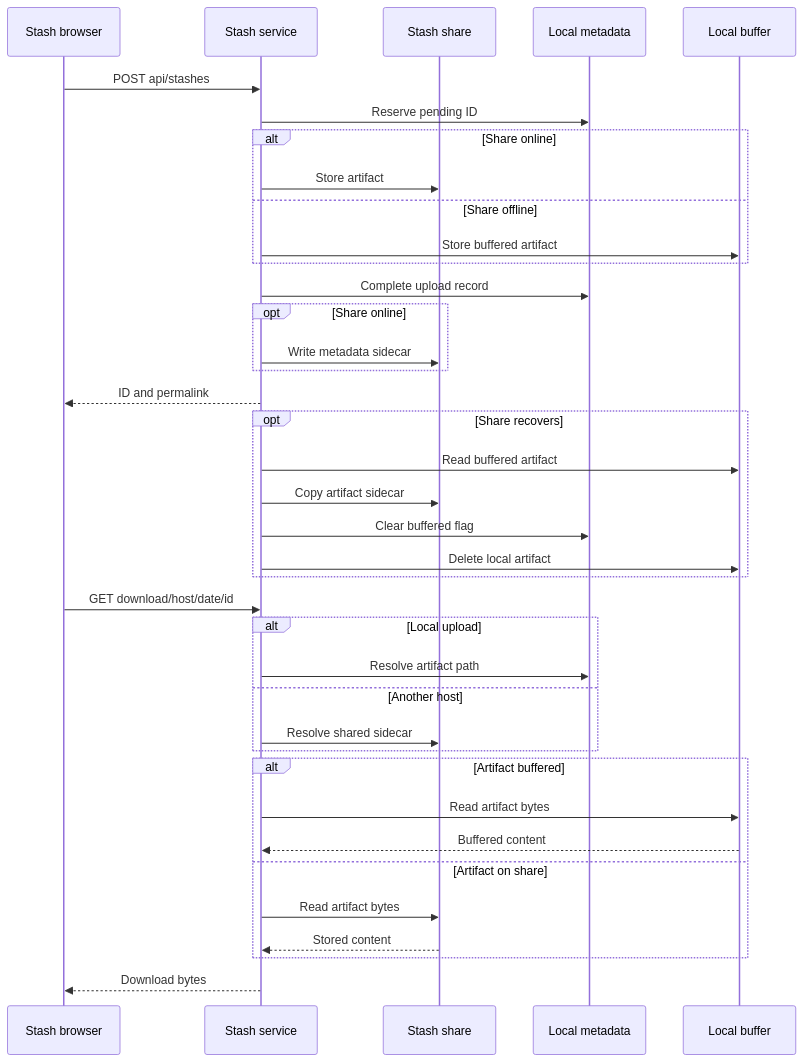
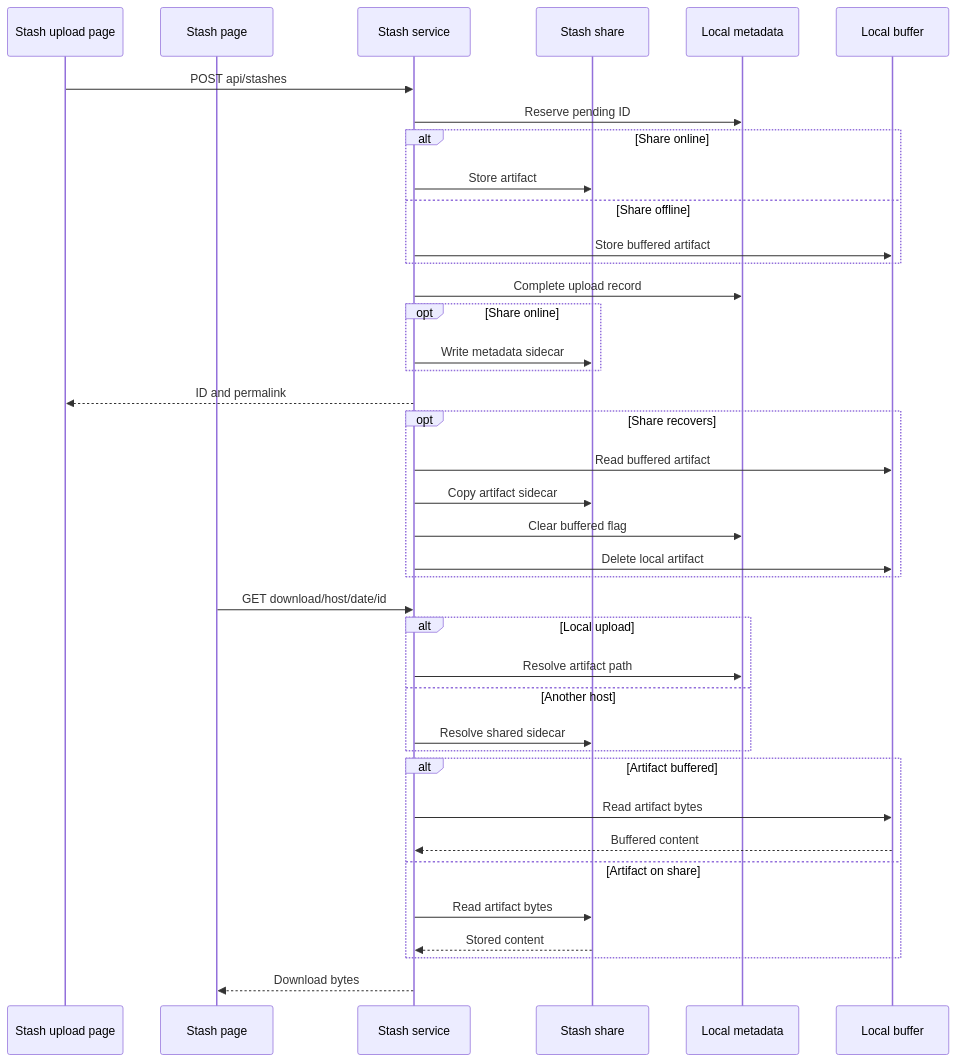
The tenth of 10 diagrams in docs/design/03-data-flows.md (alissonsol/yuruna), drawn with Mermaid before and after one commit. The commit also changed other lines of this file and 1409 other files, not shown here.

````diff
--- a/docs/design/03-data-flows.md
+++ b/docs/design/03-data-flows.md
@@ -291,40 +354,41 @@
 ```mermaid
 sequenceDiagram
-    participant new-js as Stash browser
+    participant new-js as Stash upload page
+    participant stash-js as Stash page
     participant stash-service as Stash service
     participant stash as Stash share
     participant stash-sqlite as Local metadata
     participant buffer as Local buffer
     new-js->>stash-service: POST api/stashes
     stash-service->>stash-sqlite: Reserve pending ID
     alt Share online
         stash-service->>stash: Store artifact
     else Share offline
         stash-service->>buffer: Store buffered artifact
     end
     stash-service->>stash-sqlite: Complete upload record
     opt Share online
         stash-service->>stash: Write metadata sidecar
     end
     stash-service-->>new-js: ID and permalink
     opt Share recovers
         stash-service->>buffer: Read buffered artifact
         stash-service->>stash: Copy artifact sidecar
         stash-service->>stash-sqlite: Clear buffered flag
         stash-service->>buffer: Delete local artifact
     end
-    new-js->>stash-service: GET download/host/date/id
+    stash-js->>stash-service: GET download/host/date/id
     alt Local upload
         stash-service->>stash-sqlite: Resolve artifact path
     else Another host
         stash-service->>stash: Resolve shared sidecar
     end
     alt Artifact buffered
         stash-service->>buffer: Read artifact bytes
         buffer-->>stash-service: Buffered content
     else Artifact on share
         stash-service->>stash: Read artifact bytes
         stash-->>stash-service: Stored content
     end
-    stash-service-->>new-js: Download bytes
+    stash-service-->>stash-js: Download bytes
 ```
````
